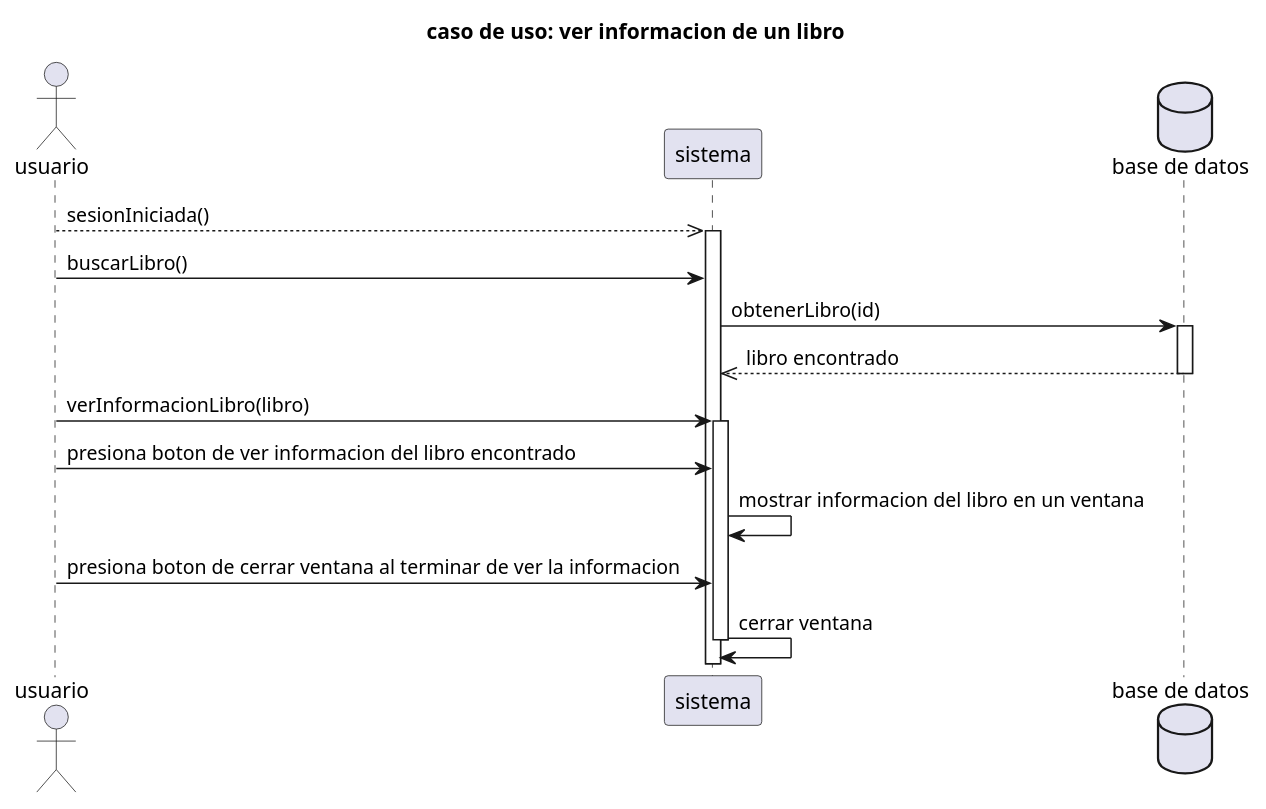
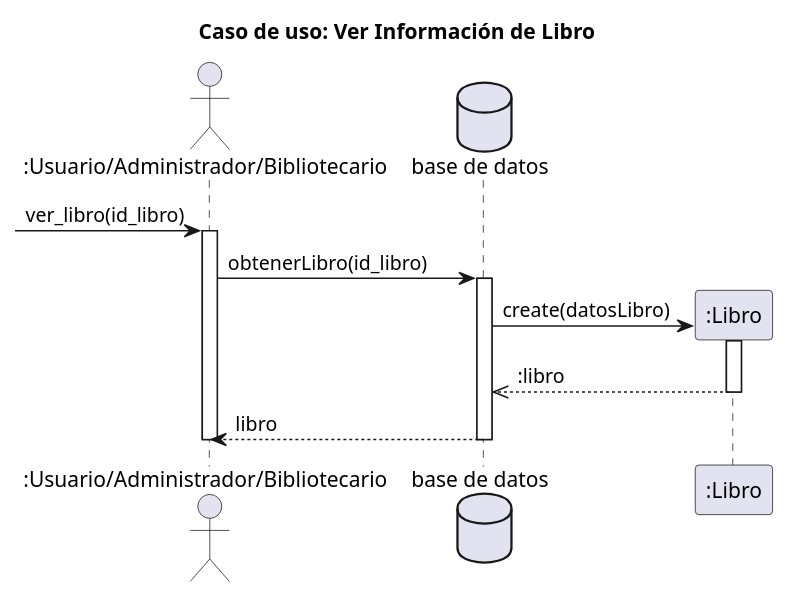
One commit to RubenE107/diagramas-de-dise-o-uml changed the diagram in interacion 2/VerInformacionLibro.puml. Above: the diagram before and after it, drawn with PlantUML. The commit also changed 1 other file, not shown here.

Commit message:
Ver informacion de un libro

```diff
--- a/interacion 2/VerInformacionLibro.puml
+++ b/interacion 2/VerInformacionLibro.puml
@@ -1,27 +1,42 @@
 @startuml
 title caso de uso: ver informacion de un libro
 
-actor "usuario" as u
-participant "sistema" as s
-database "base de datos" as db
+' actor "usuario" as u
+' participant "sistema" as s
+' database "base de datos" as db
 
-u -->> s: sesionIniciada()
-activate s
-u -> s: buscarLibro()
-s -> db: obtenerLibro(id)
-activate db
-db -->> s: libro encontrado
-deactivate db
-u -> s: verInformacionLibro(libro)
-activate s
-u -> s: presiona boton de ver informacion del libro encontrado
-s->s: mostrar informacion del libro en un ventana
-u -> s: presiona boton de cerrar ventana al terminar de ver la informacion
-s -> s: cerrar ventana
+' u -->> s: sesionIniciada()
+' activate s
+' u -> s: buscarLibro()
+' s -> db: obtenerLibro(id)
+' activate db
+' db -->> s: libro encontrado
+' deactivate db
+' u -> s: verInformacionLibro(libro)
+' activate s
+' u -> s: presiona boton de ver informacion del libro encontrado
+' s->s: mostrar informacion del libro en un ventana
+' u -> s: presiona boton de cerrar ventana al terminar de ver la informacion
+' s -> s: cerrar ventana
 
-deactivate s
+' deactivate s
 
+title Caso de uso: Ver Información de Libro
 
+actor ":Usuario/Administrador/Bibliotecario" as uab
+database "base de datos" as c
 
+-> uab:ver_libro(id_libro)
+activate uab
+uab -> c:obtenerLibro(id_libro)
+activate c
+create ":Libro" as l
+c -> l:create(datosLibro)
+activate l
+l-->>c::libro
+deactivate l
+c --> uab:libro
+deactivate c
+deactivate uab
 
 @enduml
```
